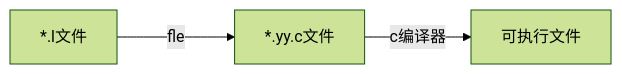
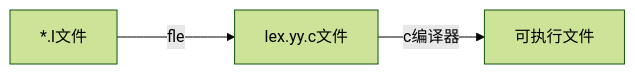
The diagram in _posts/2020-05-14-使用词法分析器 Flex 提取程序中的整数和浮点数.md (wu-kan/wu-kan.github.io), drawn with Mermaid (forest theme) before and after one commit. The commit also changed other lines of this file, not shown here.

````diff
--- a/_posts/2020-05-14-使用词法分析器 Flex 提取程序中的整数和浮点数.md
+++ b/_posts/2020-05-14-使用词法分析器 Flex 提取程序中的整数和浮点数.md
@@ -108,4 +108,4 @@
 ```mermaid
 flowchart LR
-*.l文件--flex-->*.yy.c文件--c编译器-->可执行文件
+*.l文件--flex-->lex.yy.c文件--c编译器-->可执行文件
 ```
````
